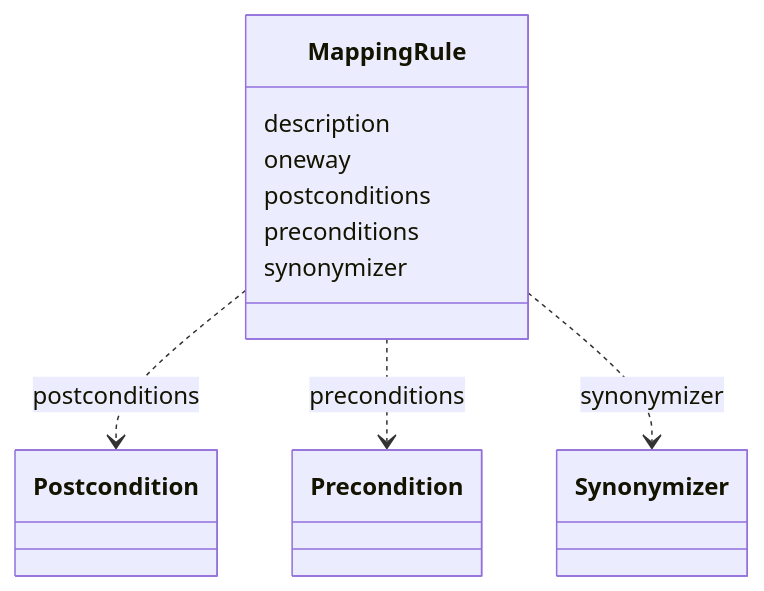
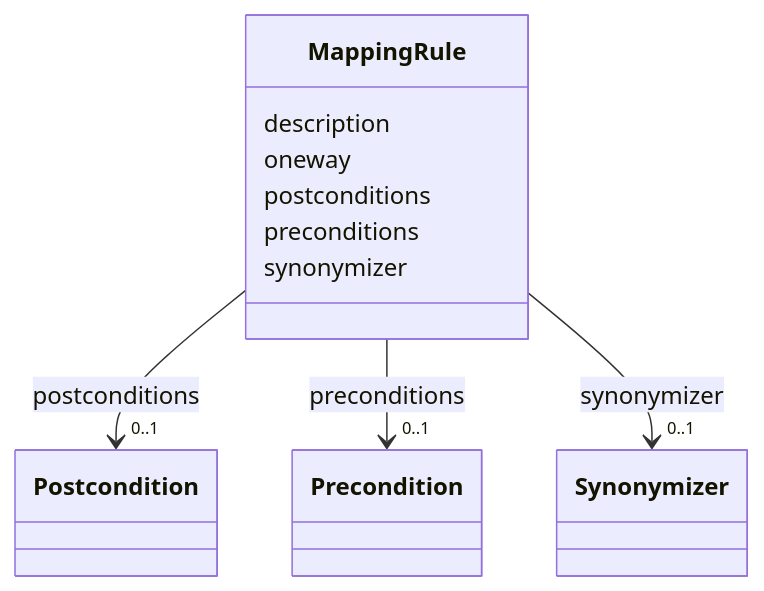
The diagram in docs/datamodels/mapping-rules/MappingRule.md (INCATools/ontology-access-kit), drawn with Mermaid before and after one commit. The commit also changed other lines of this file and 539 other files, not shown here.

````diff
--- a/docs/datamodels/mapping-rules/MappingRule.md
+++ b/docs/datamodels/mapping-rules/MappingRule.md
@@ -11,21 +19,37 @@
 ```{mermaid}
  classDiagram
     class MappingRule
+    click MappingRule href "../MappingRule"
       MappingRule : description
         
       MappingRule : oneway
         
       MappingRule : postconditions
         
-          MappingRule ..> Postcondition : postconditions
+          
+    
+    
+    MappingRule --> "0..1" Postcondition : postconditions
+    click Postcondition href "../Postcondition"
+
         
       MappingRule : preconditions
         
-          MappingRule ..> Precondition : preconditions
+          
+    
+    
+    MappingRule --> "0..1" Precondition : preconditions
+    click Precondition href "../Precondition"
+
         
       MappingRule : synonymizer
         
-          MappingRule ..> Synonymizer : synonymizer
+          
+    
+    
+    MappingRule --> "0..1" Synonymizer : synonymizer
+    click Synonymizer href "../Synonymizer"
+
         
       
 ```
````
